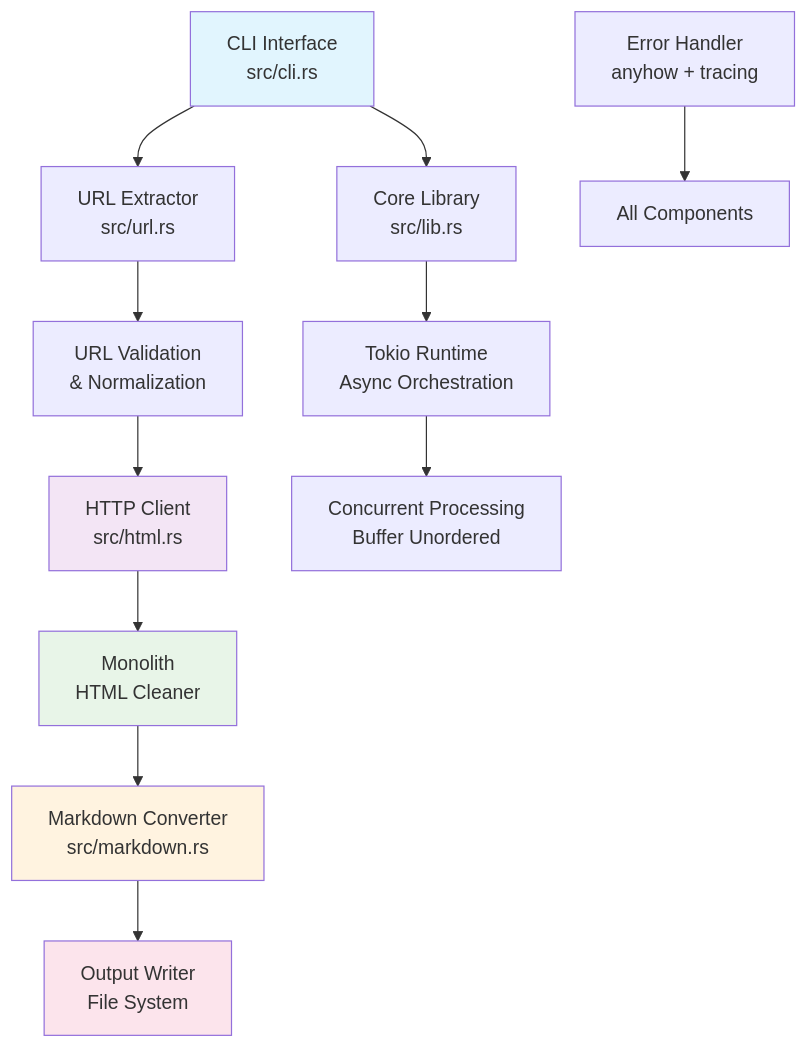
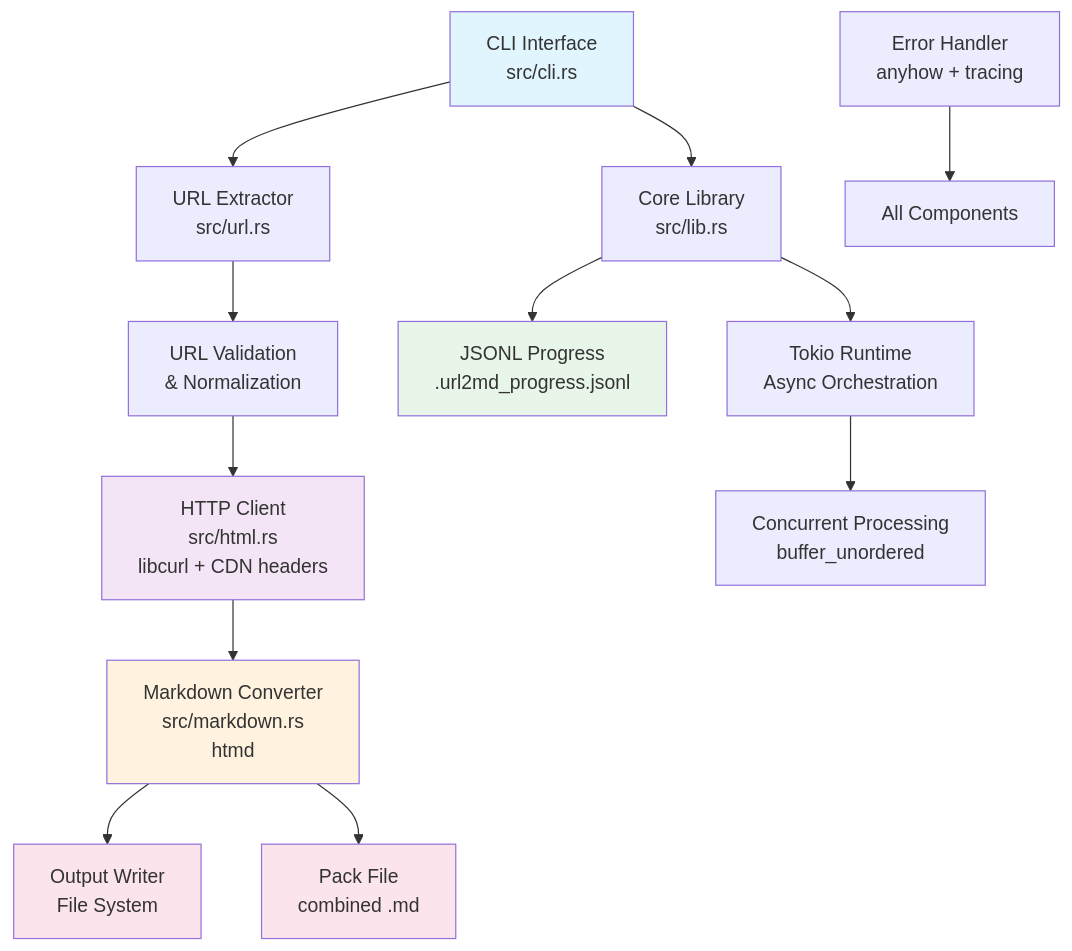
The diagram in src_docs/md/architecture.md (twardoch/twars-url2md), drawn with Mermaid before and after one commit. The commit also changed other lines of this file and 16 other files, not shown here.

````diff
--- a/src_docs/md/architecture.md
+++ b/src_docs/md/architecture.md
@@ -10,24 +14,26 @@
 ```mermaid
 graph TB
     CLI[CLI Interface<br/>src/cli.rs] --> URLExt[URL Extractor<br/>src/url.rs]
     CLI --> Lib[Core Library<br/>src/lib.rs]
-    
+
     URLExt --> Valid[URL Validation<br/>& Normalization]
-    Valid --> HTTP[HTTP Client<br/>src/html.rs]
-    
-    HTTP --> Mono[Monolith<br/>HTML Cleaner]
-    Mono --> Conv[Markdown Converter<br/>src/markdown.rs]
-    
+    Valid --> HTTP[HTTP Client<br/>src/html.rs<br/>libcurl + CDN headers]
+
+    HTTP --> Conv[Markdown Converter<br/>src/markdown.rs<br/>htmd]
+
     Conv --> Output[Output Writer<br/>File System]
-    
+    Conv --> Pack[Pack File<br/>combined .md]
+
+    Lib --> Progress[JSONL Progress<br/>.url2md_progress.jsonl]
     Lib --> Async[Tokio Runtime<br/>Async Orchestration]
-    Async --> Conc[Concurrent Processing<br/>Buffer Unordered]
-    
+    Async --> Conc[Concurrent Processing<br/>buffer_unordered]
+
     Error[Error Handler<br/>anyhow + tracing] --> All[All Components]
-    
+
     style CLI fill:#e1f5fe
     style HTTP fill:#f3e5f5
-    style Mono fill:#e8f5e8
     style Conv fill:#fff3e0
     style Output fill:#fce4ec
+    style Pack fill:#fce4ec
+    style Progress fill:#e8f5e9
 ```
````
